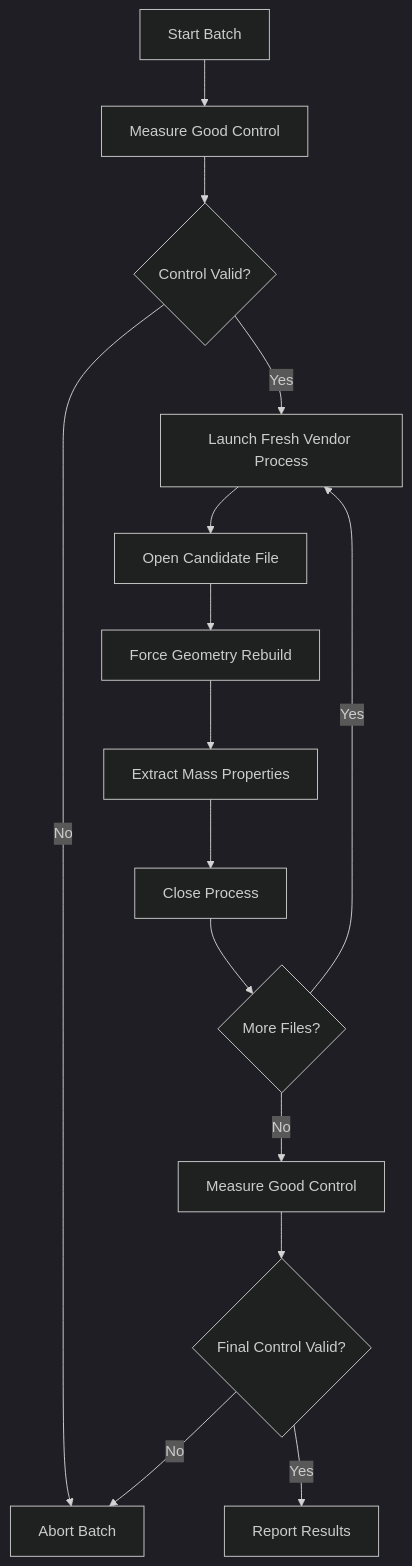
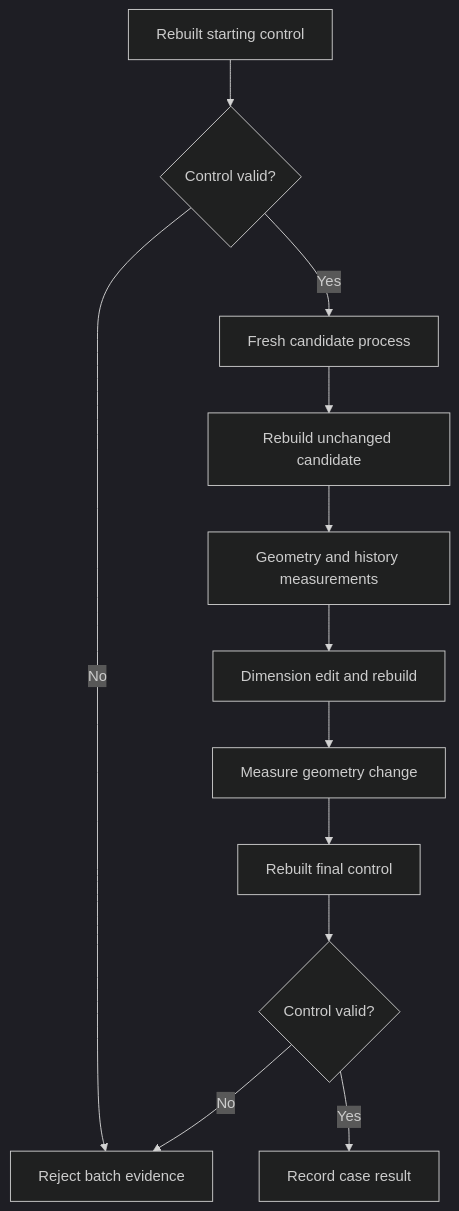
The diagram in Documentation/Reference/Research/Oracles.md (Stephen316/Kit), drawn with Mermaid (dark theme) before and after one commit. The commit also changed other lines of this file and 54 other files, not shown here.

````diff
--- a/Documentation/Reference/Research/Oracles.md
+++ b/Documentation/Reference/Research/Oracles.md
@@ -43,17 +45,14 @@
 ```mermaid
 flowchart TD
-    Start[Start Batch] --> Control1[Measure Good Control]
-    Control1 --> Process{Control Valid?}
-    Process -- No --> Error[Abort Batch]
-    Process -- Yes --> Launch[Launch Fresh Vendor Process]
-    Launch --> Open[Open Candidate File]
-    Open --> Rebuild[Force Geometry Rebuild]
-    Rebuild --> Measure[Extract Mass Properties]
-    Measure --> Close[Close Process]
-    Close --> Next{More Files?}
-    Next -- Yes --> Launch
-    Next -- No --> Control2[Measure Good Control]
-    Control2 --> Final{Final Control Valid?}
-    Final -- Yes --> Success[Report Results]
-    Final -- No --> Error
+    Start[Rebuilt starting control] --> Healthy{Control valid?}
+    Healthy -- No --> Reject[Reject batch evidence]
+    Healthy -- Yes --> Candidate[Fresh candidate process]
+    Candidate --> Rebuild[Rebuild unchanged candidate]
+    Rebuild --> Measure[Geometry and history measurements]
+    Measure --> Edit[Dimension edit and rebuild]
+    Edit --> Remeasure[Measure geometry change]
+    Remeasure --> Final[Rebuilt final control]
+    Final --> Valid{Control valid?}
+    Valid -- No --> Reject
+    Valid -- Yes --> Report[Record case result]
 ```
````
